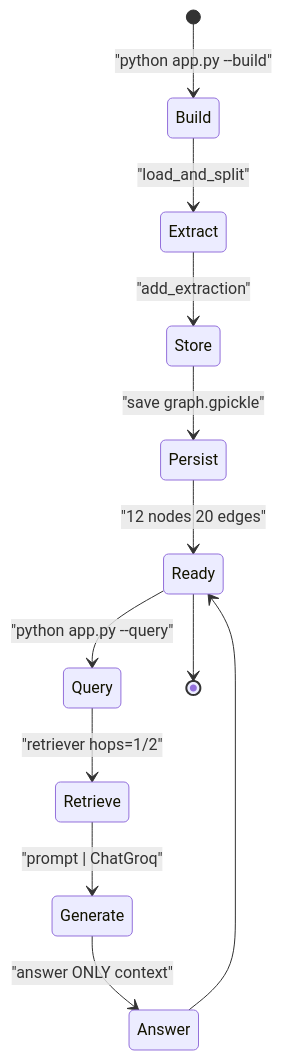
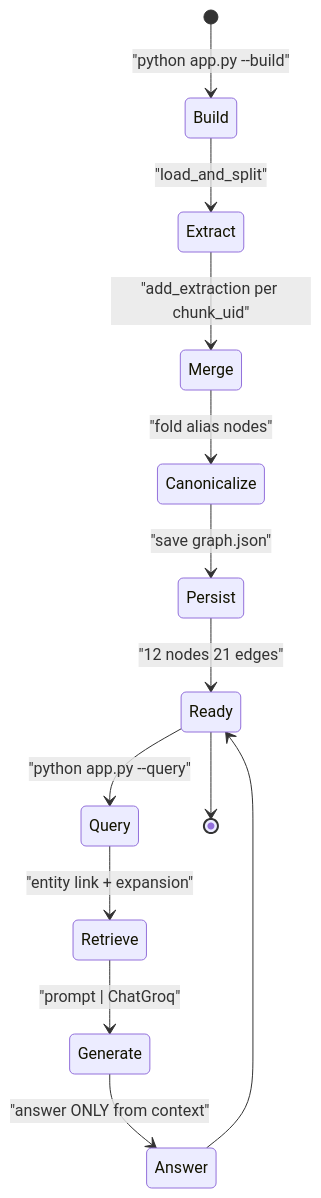
The fourth of 7 diagrams in README.md (manishwvn/graph_rag), drawn with Mermaid before and after one commit. The commit also changed other lines of this file and 30 other files, not shown here.

First line of the commit message:
feat: vector vs graph RAG comparison, with a corrected evaluation

````diff
--- a/README.md
+++ b/README.md
@@ -86,14 +99,15 @@
 ```mermaid
 stateDiagram-v2
   [*] --> Build: "python app.py --build"
   Build --> Extract: "load_and_split"
-  Extract --> Store: "add_extraction"
-  Store --> Persist: "save graph.gpickle"
-  Persist --> Ready: "12 nodes 20 edges"
+  Extract --> Merge: "add_extraction per chunk_uid"
+  Merge --> Canonicalize: "fold alias nodes"
+  Canonicalize --> Persist: "save graph.json"
+  Persist --> Ready: "12 nodes 21 edges"
   Ready --> Query: "python app.py --query"
-  Query --> Retrieve: "retriever hops=1/2"
+  Query --> Retrieve: "entity link + expansion"
   Retrieve --> Generate: "prompt | ChatGroq"
-  Generate --> Answer: "answer ONLY context"
+  Generate --> Answer: "answer ONLY from context"
   Answer --> Ready
   Ready --> [*]
 ```
````
